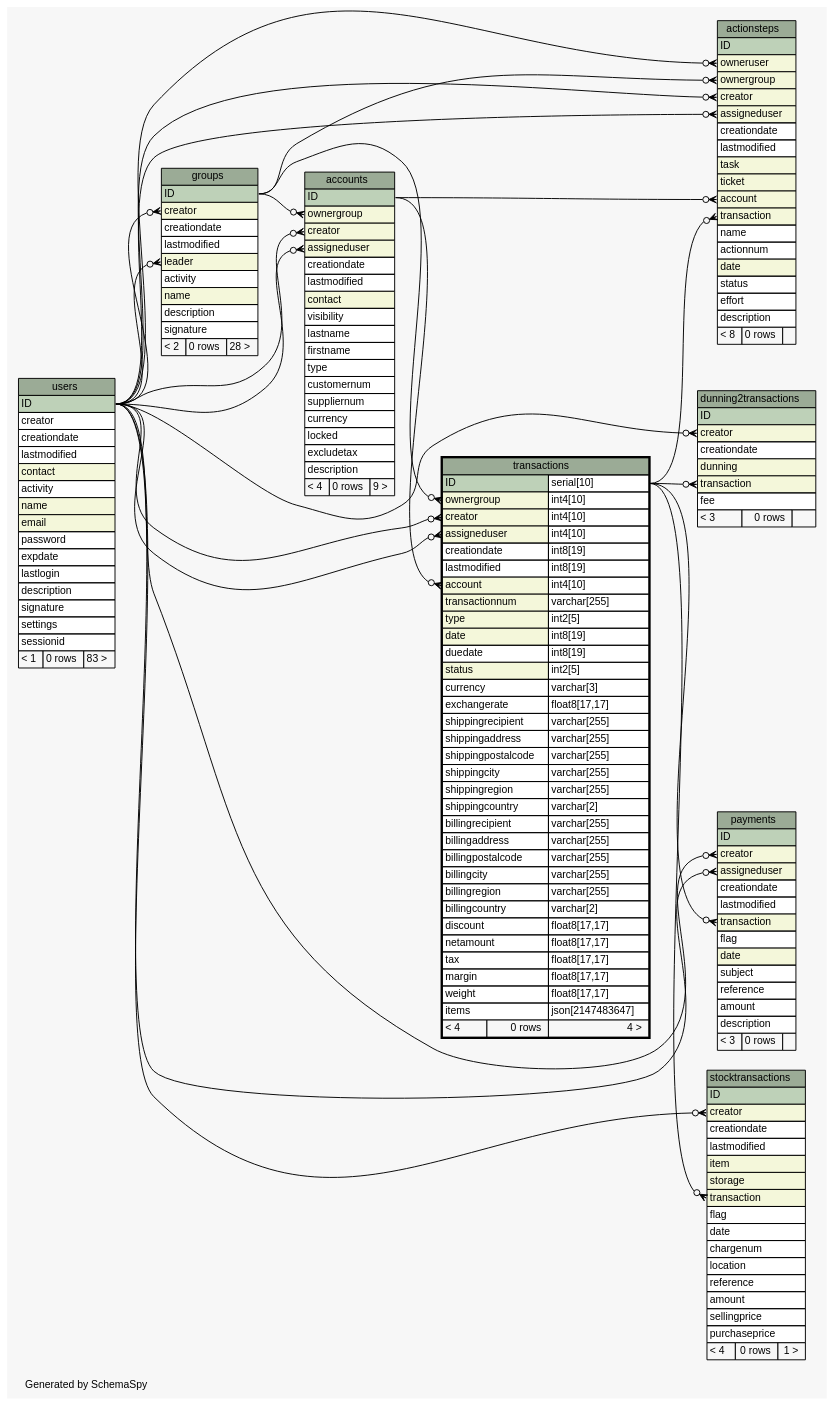
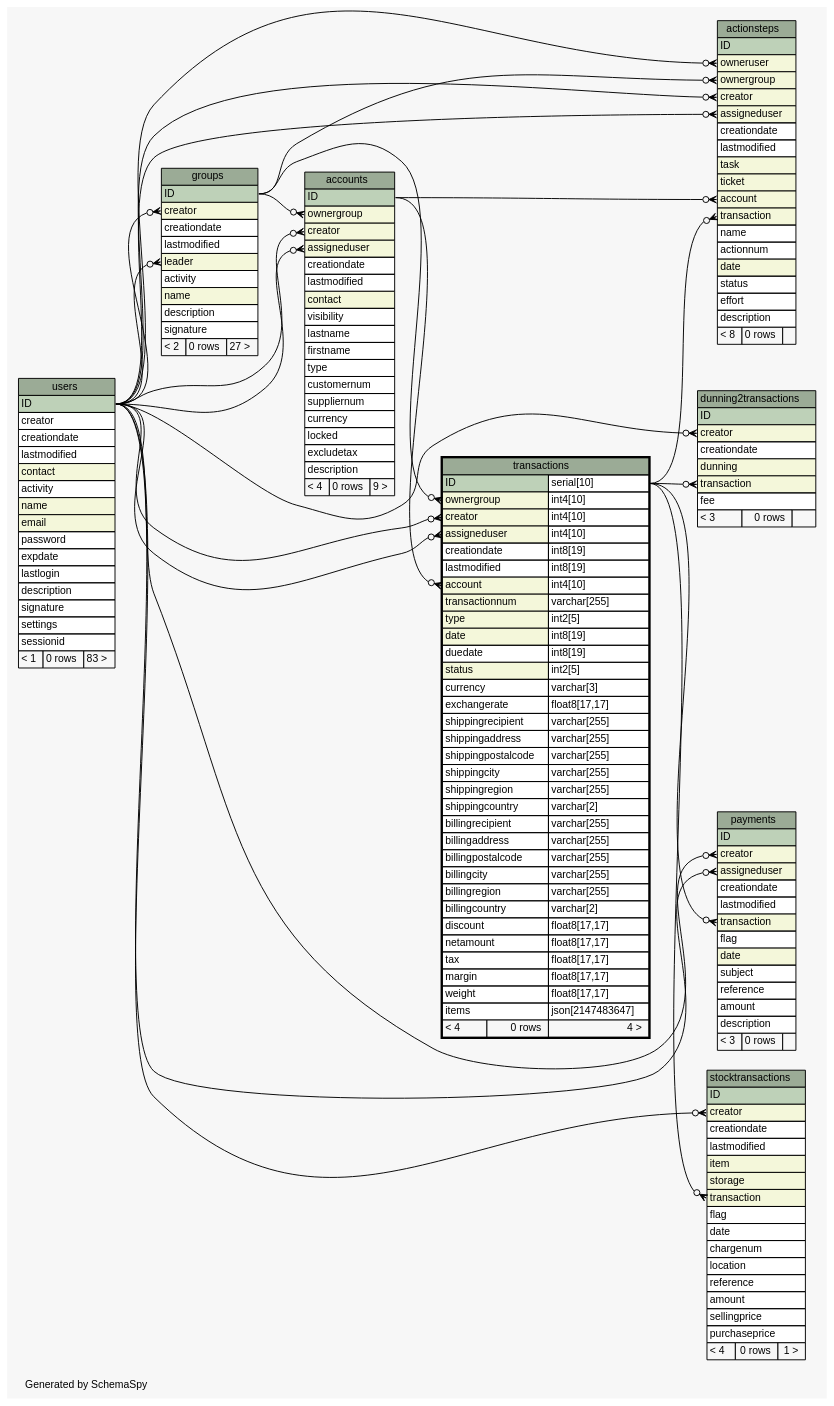
One commit to zeyosinc/zeyos-schema changed the diagram in diagrams/transactions.1degree.dot. Above: the diagram before and after it, drawn with Graphviz. The commit also changed 236 other files, not shown here.

Commit message:
Update schema documentation

```diff
--- a/diagrams/transactions.1degree.dot
+++ b/diagrams/transactions.1degree.dot
@@ -121,7 +121,7 @@
       <TR><TD PORT="name" COLSPAN="3" BGCOLOR="#f4f7da" ALIGN="LEFT">name</TD></TR>
       <TR><TD PORT="description" COLSPAN="3" ALIGN="LEFT">description</TD></TR>
       <TR><TD PORT="signature" COLSPAN="3" ALIGN="LEFT">signature</TD></TR>
-      <TR><TD ALIGN="LEFT" BGCOLOR="#f7f7f7">&lt; 2</TD><TD ALIGN="RIGHT" BGCOLOR="#f7f7f7">0 rows</TD><TD ALIGN="RIGHT" BGCOLOR="#f7f7f7">28 &gt;</TD></TR>
+      <TR><TD ALIGN="LEFT" BGCOLOR="#f7f7f7">&lt; 2</TD><TD ALIGN="RIGHT" BGCOLOR="#f7f7f7">0 rows</TD><TD ALIGN="RIGHT" BGCOLOR="#f7f7f7">27 &gt;</TD></TR>
     </TABLE>>
     URL="groups.html"
     tooltip="groups"
```
